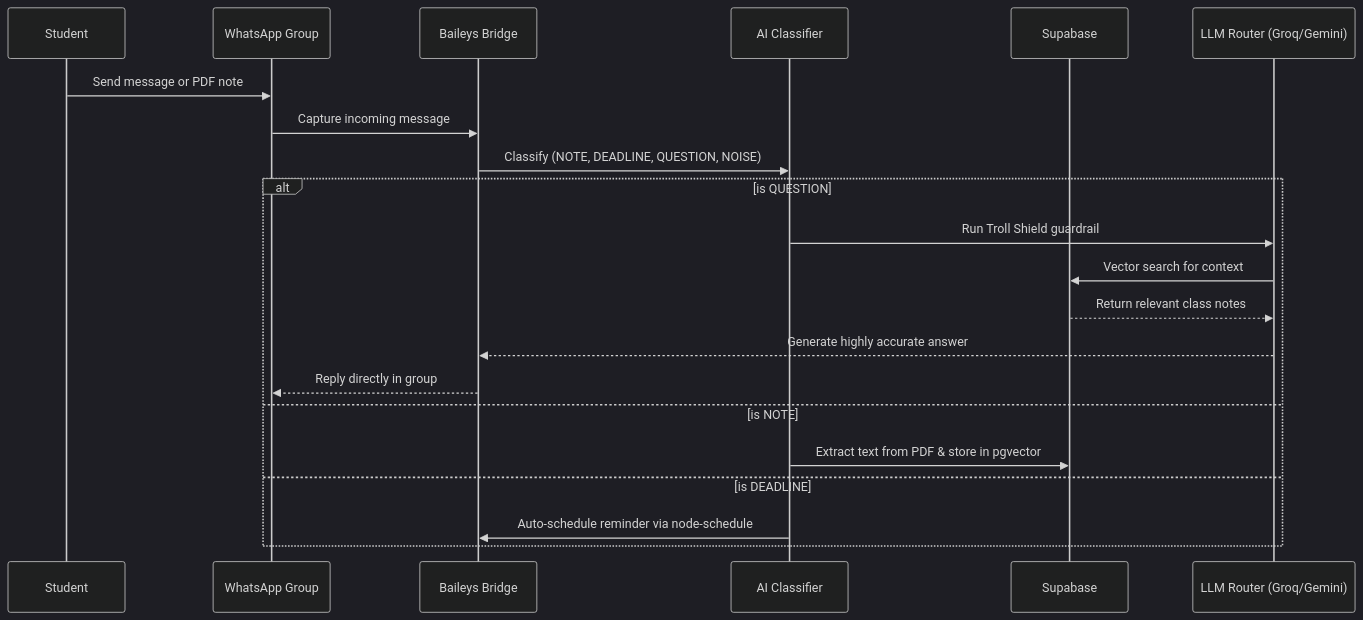
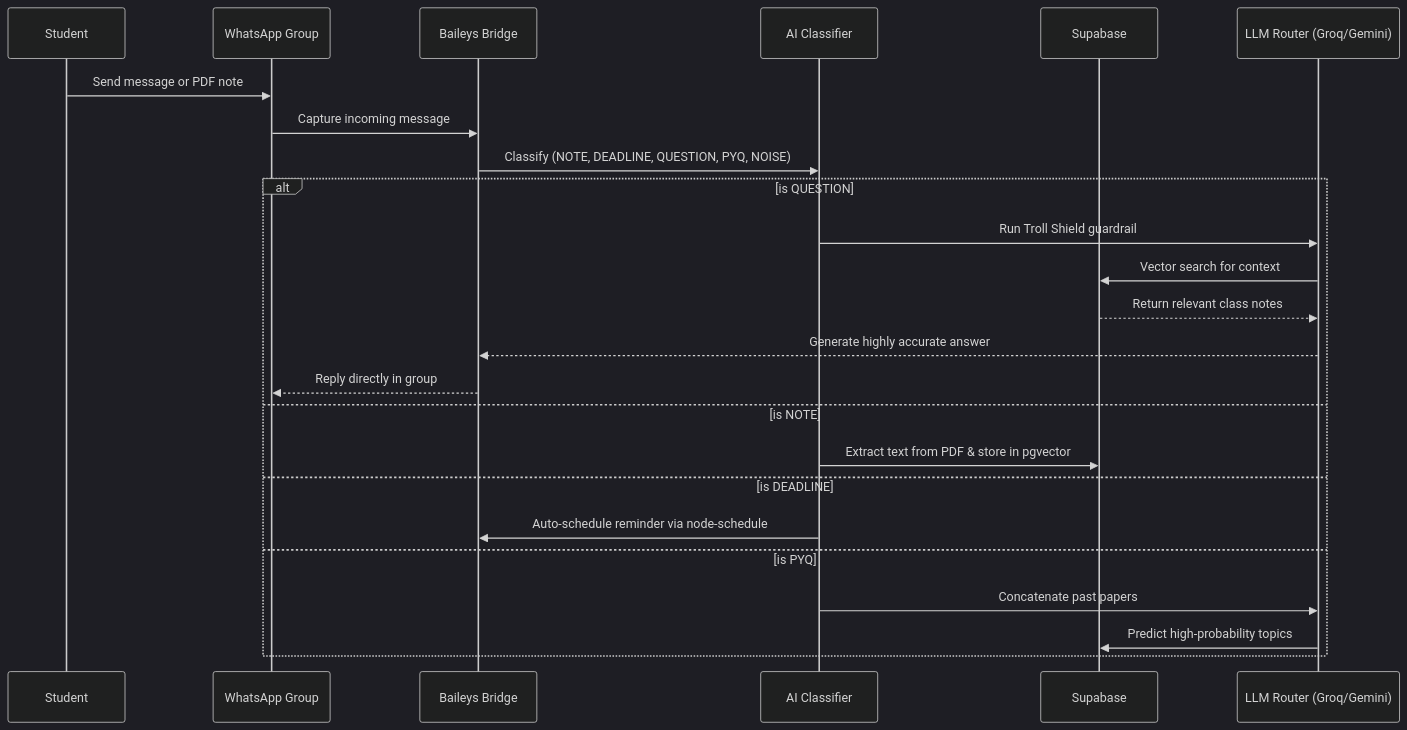
Before and after one commit to Rishavroy-2006/Class-Copilot: the first of 2 diagrams in README.md, drawn with Mermaid (dark theme). The commit also changed other lines of this file and 20 other files, not shown here.

````diff
--- a/README.md
+++ b/README.md
@@ -26,25 +23,28 @@
 ```mermaid
 sequenceDiagram
     participant S as Student
     participant W as WhatsApp Group
     participant B as Baileys Bridge
     participant C as AI Classifier
     participant DB as Supabase
     participant R as LLM Router (Groq/Gemini)
 
     S->>W: Send message or PDF note
     W->>B: Capture incoming message
-    B->>C: Classify (NOTE, DEADLINE, QUESTION, NOISE)
+    B->>C: Classify (NOTE, DEADLINE, QUESTION, PYQ, NOISE)
     
     alt is QUESTION
         C->>R: Run Troll Shield guardrail
         R->>DB: Vector search for context
         DB-->>R: Return relevant class notes
         R-->>B: Generate highly accurate answer
         B-->>W: Reply directly in group
     else is NOTE
         C->>DB: Extract text from PDF & store in pgvector
     else is DEADLINE
         C->>B: Auto-schedule reminder via node-schedule
+    else is PYQ
+        C->>R: Concatenate past papers
+        R->>DB: Predict high-probability topics
     end
 ```
````
